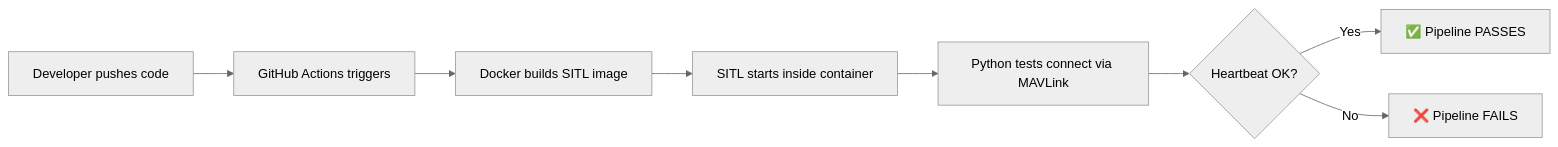
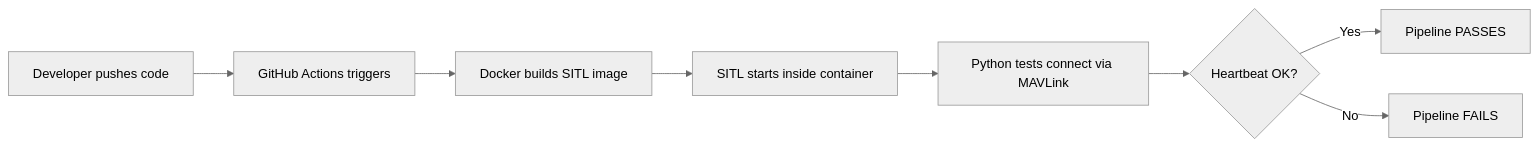
Before and after one commit to MahboobAlam0/ardupilot_devops: the diagram in README.md, drawn with Mermaid (neutral theme). The commit also changed other lines of this file and 1 other file, not shown here.

````diff
--- a/README.md
+++ b/README.md
@@ -23,10 +48,10 @@
 ```mermaid
 graph LR
     A[Developer pushes code] --> B[GitHub Actions triggers]
     B --> C[Docker builds SITL image]
     C --> D[SITL starts inside container]
     D --> E[Python tests connect via MAVLink]
     E --> F{Heartbeat OK?}
-    F -- Yes --> G[✅ Pipeline PASSES]
-    F -- No --> H[❌ Pipeline FAILS]
+    F -- Yes --> G[Pipeline PASSES]
+    F -- No --> H[Pipeline FAILS]
 ```
````
